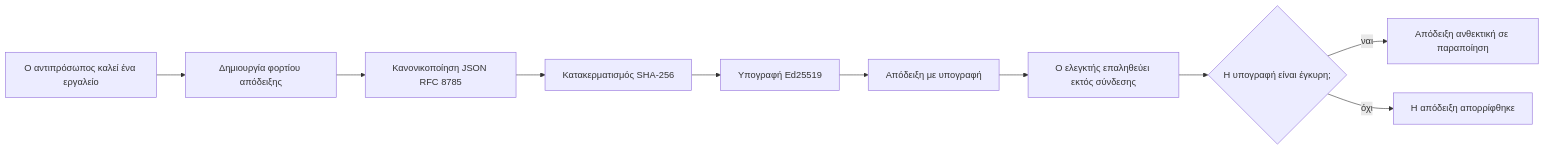
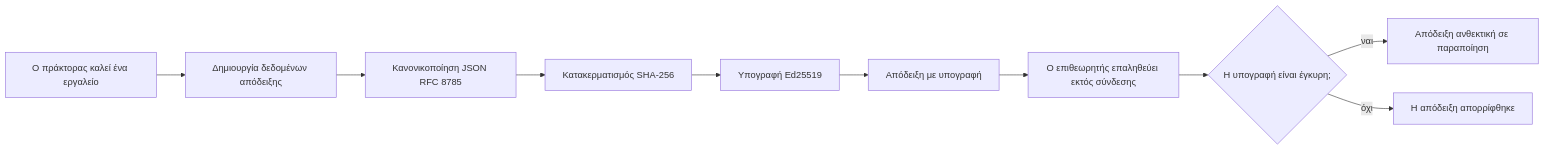
The first of 2 diagrams in translations/el/18-securing-ai-agents/README.md (microsoft/ai-agents-for-beginners), drawn with Mermaid before and after one commit. The commit also changed other lines of this file and 227 other files, not shown here.

````diff
--- a/translations/el/18-securing-ai-agents/README.md
+++ b/translations/el/18-securing-ai-agents/README.md
@@ -51,12 +51,12 @@
 ```mermaid
 flowchart LR
-    A[Ο αντιπρόσωπος καλεί ένα εργαλείο] --> B[Δημιουργία φορτίου απόδειξης]
+    A[Ο πράκτορας καλεί ένα εργαλείο] --> B[Δημιουργία δεδομένων απόδειξης]
     B --> C[Κανoνικοποίηση JSON RFC 8785]
     C --> D[Κατακερματισμός SHA-256]
     D --> E[Υπογραφή Ed25519]
     E --> F[Απόδειξη με υπογραφή]
-    F --> G[Ο ελεγκτής επαληθεύει εκτός σύνδεσης]
+    F --> G[Ο επιθεωρητής επαληθεύει εκτός σύνδεσης]
     G --> H{Η υπογραφή είναι έγκυρη;}
     H -- ναι --> I[Απόδειξη ανθεκτική σε παραποίηση]
     H -- όχι --> J[Η απόδειξη απορρίφθηκε]
 ```
````
